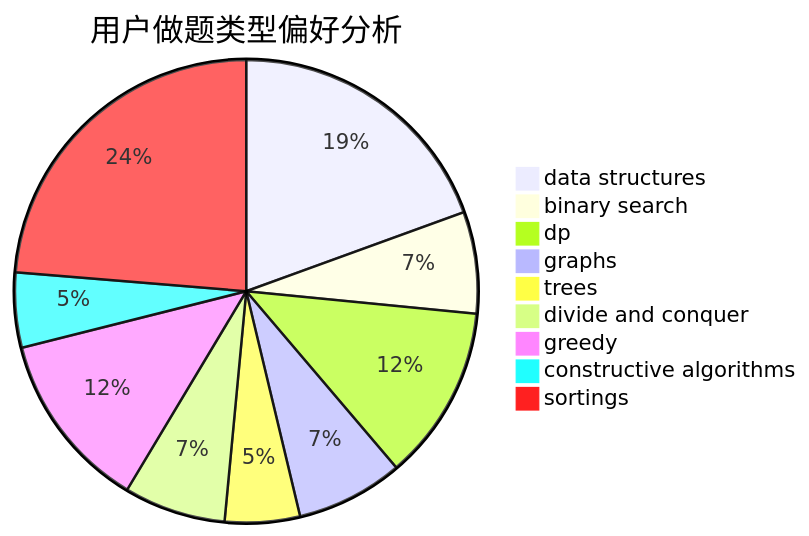
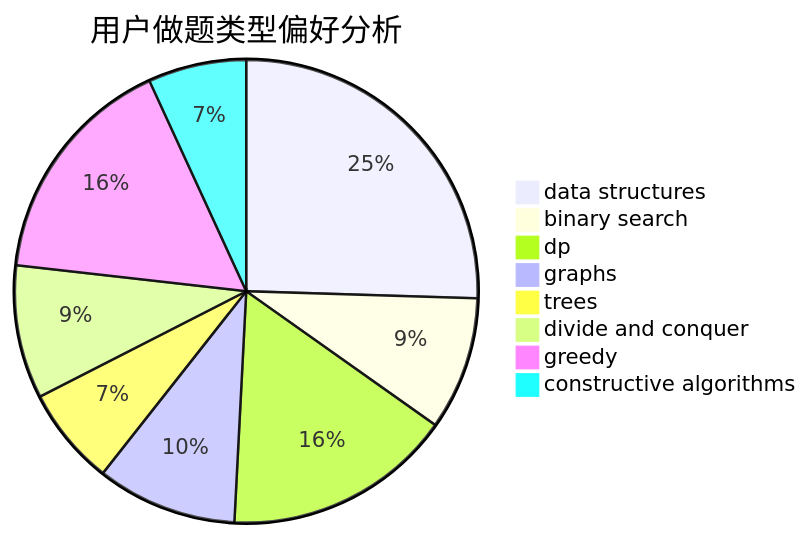
Before and after one commit to sherpahu/cfrs.github.io: the second of 3 diagrams in docs/user/u2247.md, drawn with Mermaid. The commit also changed other lines of this file and 2769 other files, not shown here.

````diff
--- a/docs/user/u2247.md
+++ b/docs/user/u2247.md
@@ -18,12 +18,11 @@
 ```mermaid
 pie title 用户做题类型偏好分析
     "data structures" :  156
     "binary search" :  57
     "dp" :  98
     "graphs" :  60
     "trees" :  42
     "divide and conquer" :  57
     "greedy" :  100
     "constructive algorithms" :  42
-    "sortings" :  190
 ```
````
